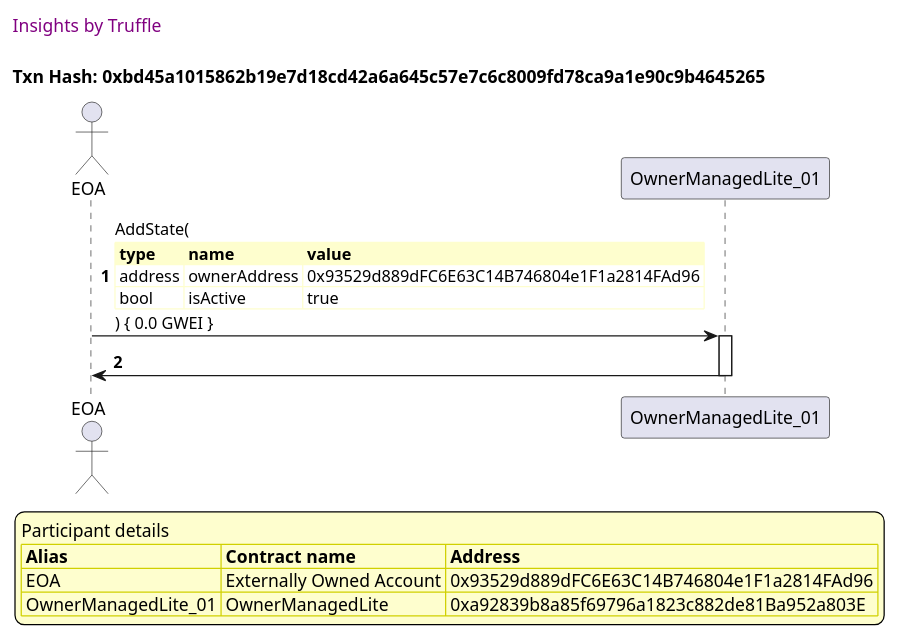
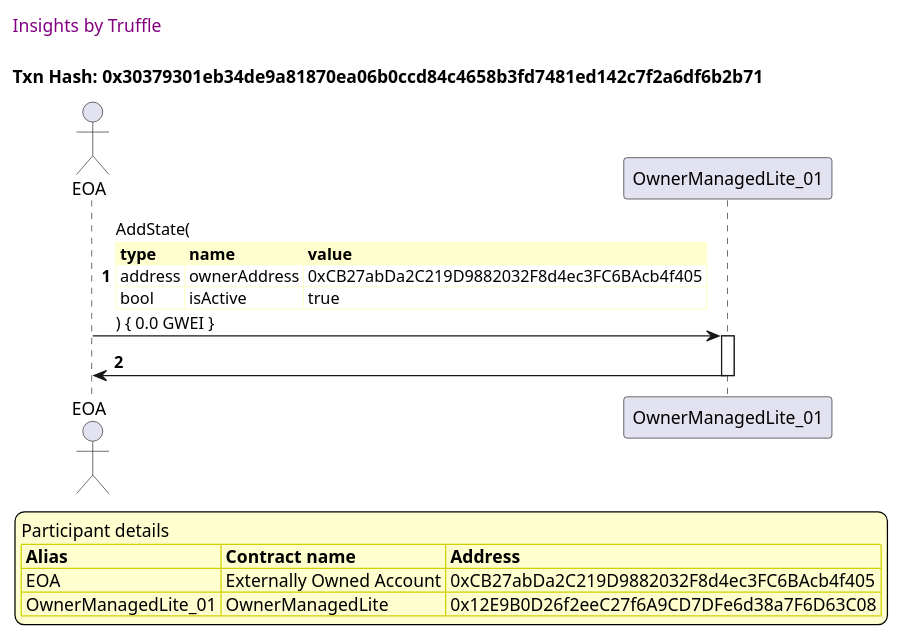
One commit to thedarkjester/ConsensysAssignment changed the ninth of 9 diagrams in truffle-seq/OwnerManagedLite_test_add_state.md. Above: the diagram before and after it, drawn with PlantUML. The commit also changed other lines of this file and 13 other files, not shown here.

````diff
--- a/truffle-seq/OwnerManagedLite_test_add_state.md
+++ b/truffle-seq/OwnerManagedLite_test_add_state.md
@@ -394,41 +394,41 @@
 ```plantuml
 
 
 @startuml
 
 autonumber
 skinparam legendBackgroundColor #FEFECE
 
 <style>
       header {
         HorizontalAlignment left
         FontColor purple
         FontSize 14
         Padding 10
       }
     </style>
 
 header Insights by Truffle
 
-title Txn Hash: 0xbd45a1015862b19e7d18cd42a6a645c57e7c6c8009fd78ca9a1e90c9b4645265
+title Txn Hash: 0x30379301eb34de9a81870ea06b0ccd84c4658b3fd7481ed142c7f2a6df6b2b71
 
 
 actor EOA as "EOA"
 participant OwnerManagedLite_01 as "OwnerManagedLite_01"
 
 "EOA" -> "OwnerManagedLite_01" ++: AddState(\n\
 <#FEFECE,#FEFECE>|= type |= name |= value |\n\
-| address | ownerAddress | 0x93529d889dFC6E63C14B746804e1F1a2814FAd96 |\n\
+| address | ownerAddress | 0xCB27abDa2C219D9882032F8d4ec3FC6BAcb4f405 |\n\
 | bool | isActive | true |\n\
 ) { 0.0 GWEI }
 "OwnerManagedLite_01" -> "EOA" --: 
 
 legend
 Participant details
 <#FEFECE,#D0D000>|= Alias |= Contract name |= Address |
-<#FEFECE>| EOA | Externally Owned Account | 0x93529d889dFC6E63C14B746804e1F1a2814FAd96 |
-<#FEFECE>| OwnerManagedLite_01 | OwnerManagedLite | 0xa92839b8a85f69796a1823c882de81Ba952a803E |
+<#FEFECE>| EOA | Externally Owned Account | 0xCB27abDa2C219D9882032F8d4ec3FC6BAcb4f405 |
+<#FEFECE>| OwnerManagedLite_01 | OwnerManagedLite | 0x12E9B0D26f2eeC27f6A9CD7DFe6d38a7F6D63C08 |
 endlegend
 
 @enduml
 ```
````
